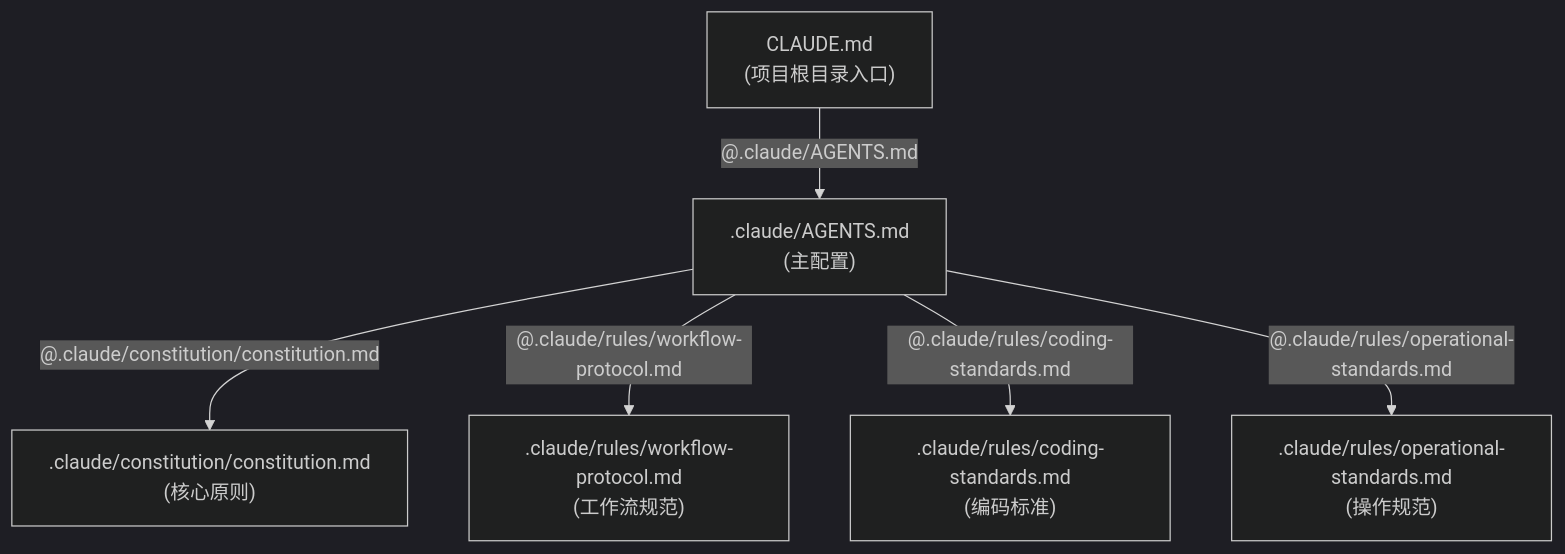
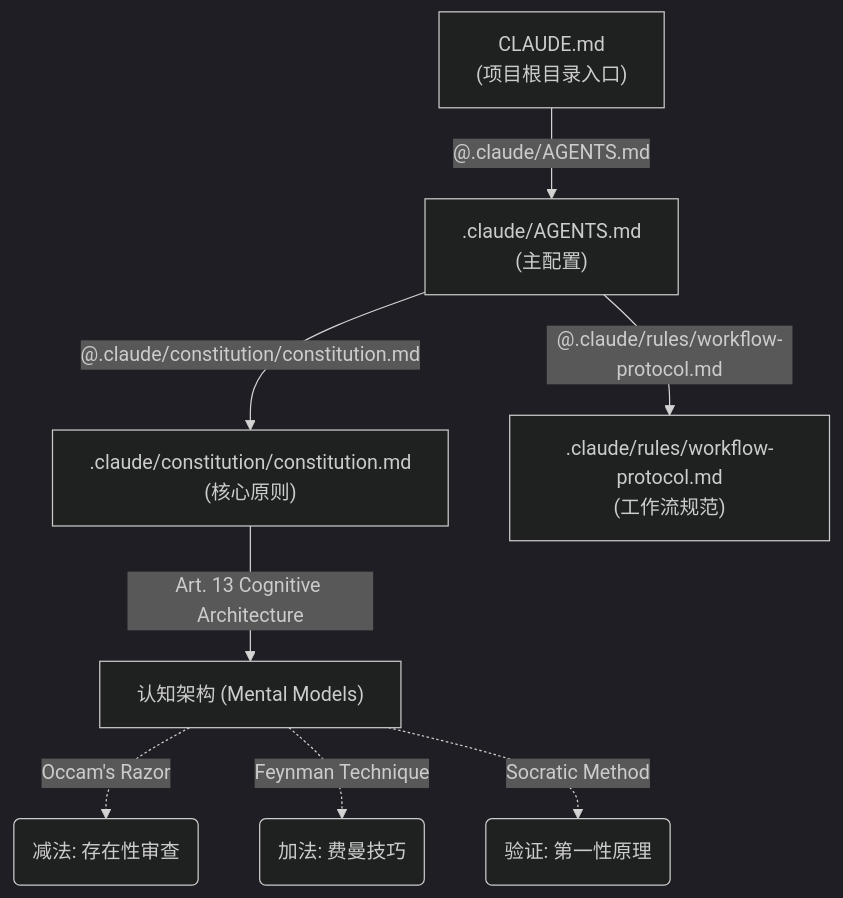
One commit to zzpwestlife/learn-claude-code changed the second of 2 diagrams in README.md. Above: the diagram before and after it, drawn with Mermaid (dark theme). The commit also changed other lines of this file and 215 other files, not shown here.

````diff
--- a/README.md
+++ b/README.md
@@ -168,8 +169,10 @@
 ```mermaid
 graph TD
     A["CLAUDE.md<br/>(项目根目录入口)"] -->|"@.claude/AGENTS.md"| B[".claude/AGENTS.md<br/>(主配置)"]
     B -->|"@.claude/constitution/constitution.md"| C[".claude/constitution/constitution.md<br/>(核心原则)"]
-    B -->|"@.claude/rules/workflow-protocol.md"| D[".claude/rules/workflow-protocol.md<br/>(工作流规范)"]
-    B -->|"@.claude/rules/coding-standards.md"| E[".claude/rules/coding-standards.md<br/>(编码标准)"]
-    B -->|"@.claude/rules/operational-standards.md"| F[".claude/rules/operational-standards.md<br/>(操作规范)"]
+    C -->|"Art. 13 Cognitive Architecture"| D["认知架构 (Mental Models)"]
+    D -.->|"Occam's Razor"| E("减法: 存在性审查")
+    D -.->|"Feynman Technique"| F("加法: 费曼技巧")
+    D -.->|"Socratic Method"| G("验证: 第一性原理")
+    B -->|"@.claude/rules/workflow-protocol.md"| H[".claude/rules/workflow-protocol.md<br/>(工作流规范)"]
 ```
````
